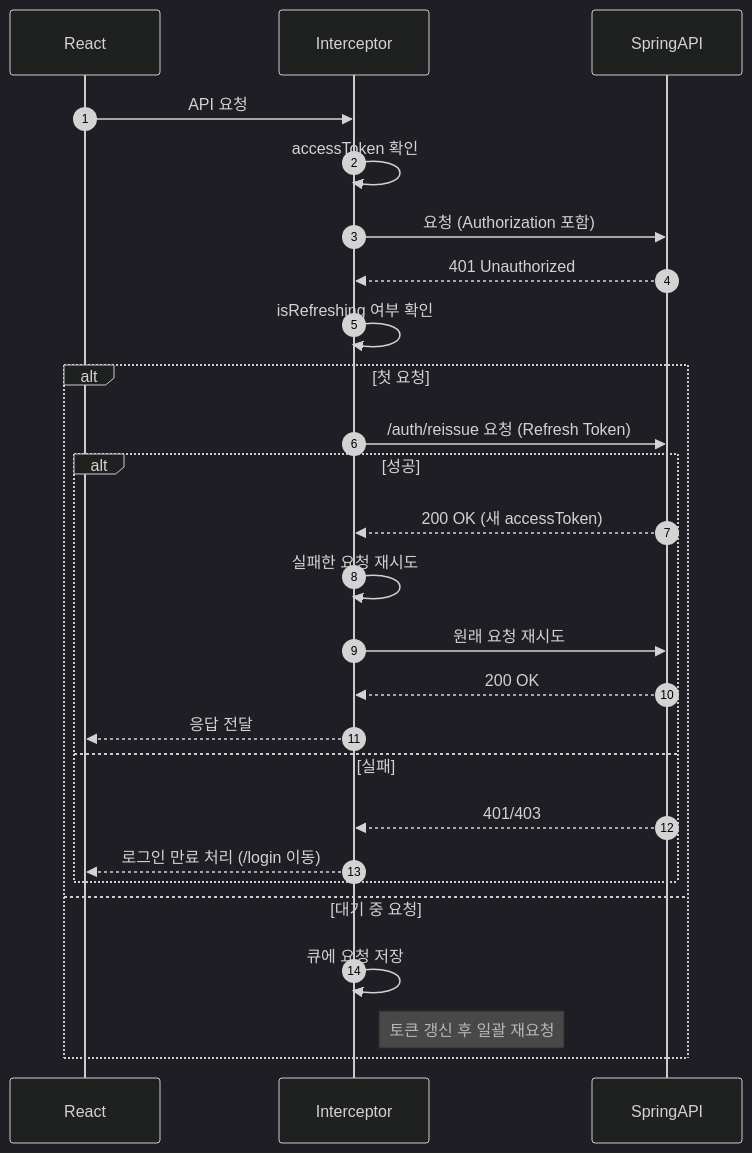
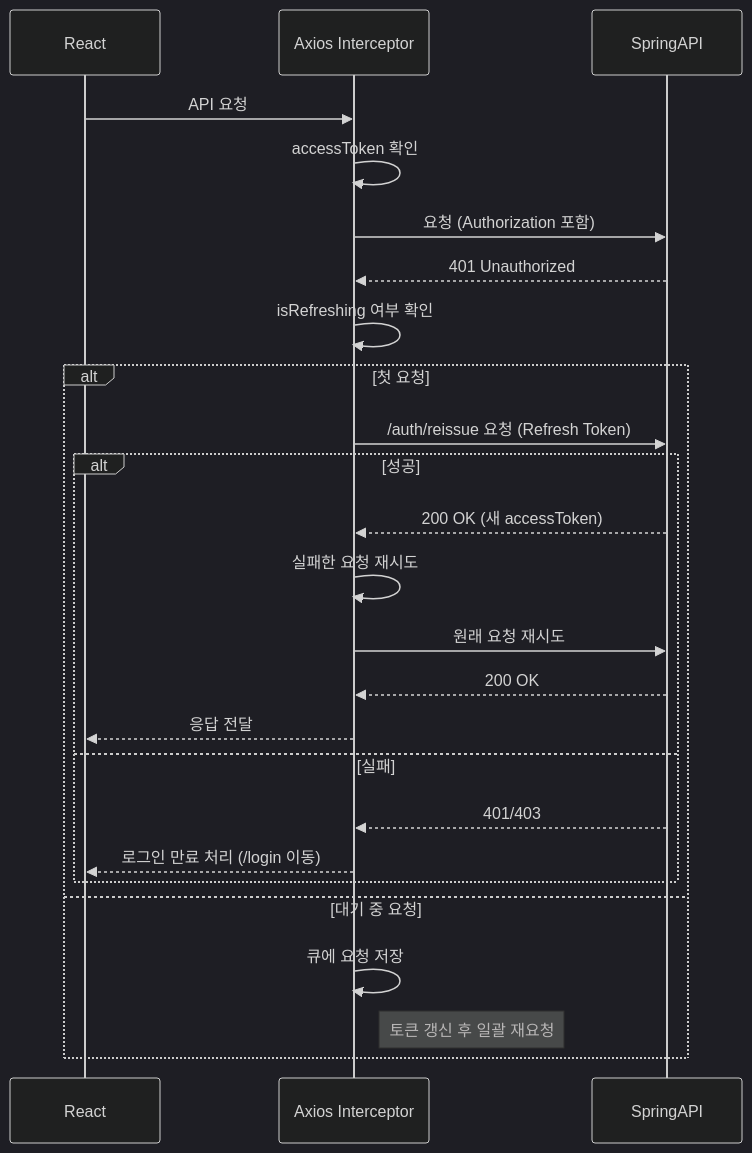
Before and after one commit to sallim-me/web-client: the diagram in mermaid/auth-axios-refresh-sequence.mmd, drawn with Mermaid (dark theme).

Commit message:
chore: auth-axios-refresh mermaid 시퀀스 다이어그램 어색한 표현 수정

```diff
--- a/mermaid/auth-axios-refresh-sequence.mmd
+++ b/mermaid/auth-axios-refresh-sequence.mmd
@@ -1,30 +1,29 @@
 sequenceDiagram
-    autonumber
     participant React
-    participant Interceptor
+    participant Interceptor as Axios Interceptor
     participant SpringAPI
 
     %% 1. 만료된 토큰으로 요청
     React->>Interceptor: API 요청
     Interceptor->>Interceptor: accessToken 확인
     Interceptor->>SpringAPI: 요청 (Authorization 포함)
     SpringAPI-->>Interceptor: 401 Unauthorized
 
     %% 2. 토큰 재발급
     Interceptor->>Interceptor: isRefreshing 여부 확인
     alt 첫 요청
         Interceptor->>SpringAPI: /auth/reissue 요청 (Refresh Token)
         alt 성공
             SpringAPI-->>Interceptor: 200 OK (새 accessToken)
             Interceptor->>Interceptor: 실패한 요청 재시도
             Interceptor->>SpringAPI: 원래 요청 재시도
             SpringAPI-->>Interceptor: 200 OK
             Interceptor-->>React: 응답 전달
         else 실패
             SpringAPI-->>Interceptor: 401/403
             Interceptor-->>React: 로그인 만료 처리 (/login 이동)
         end
     else 대기 중 요청
         Interceptor->>Interceptor: 큐에 요청 저장
         Note right of Interceptor: 토큰 갱신 후 일괄 재요청
     end
```
